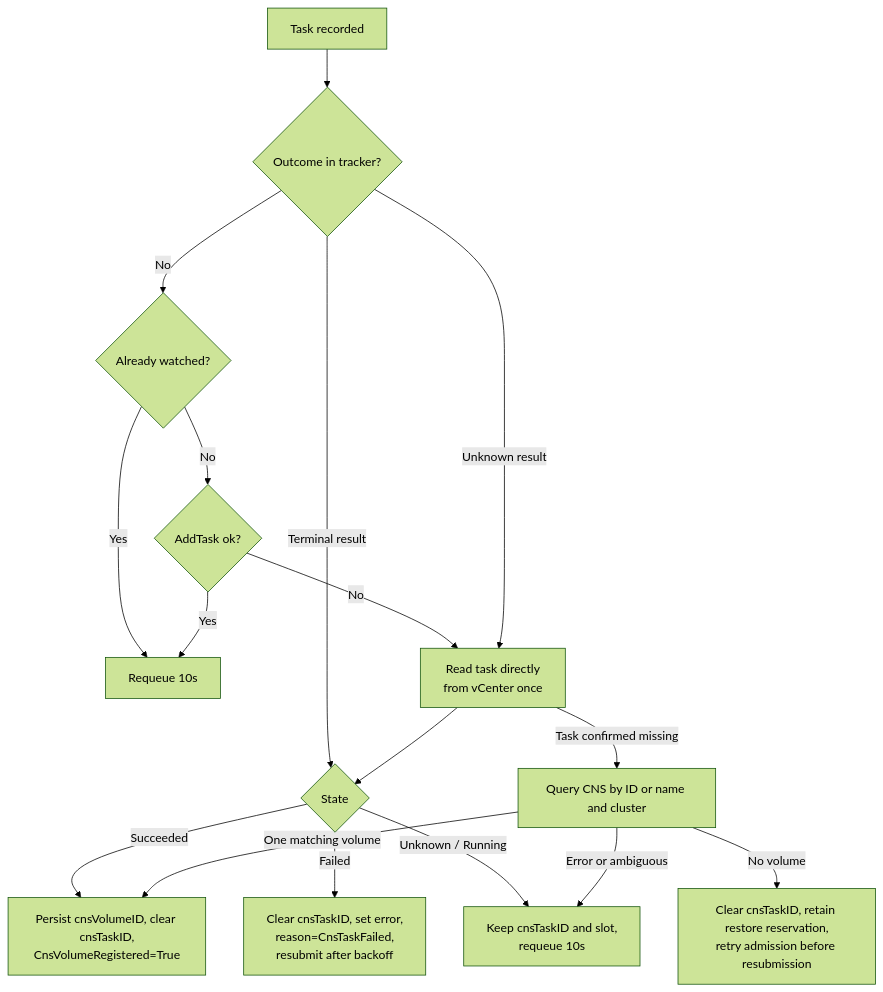
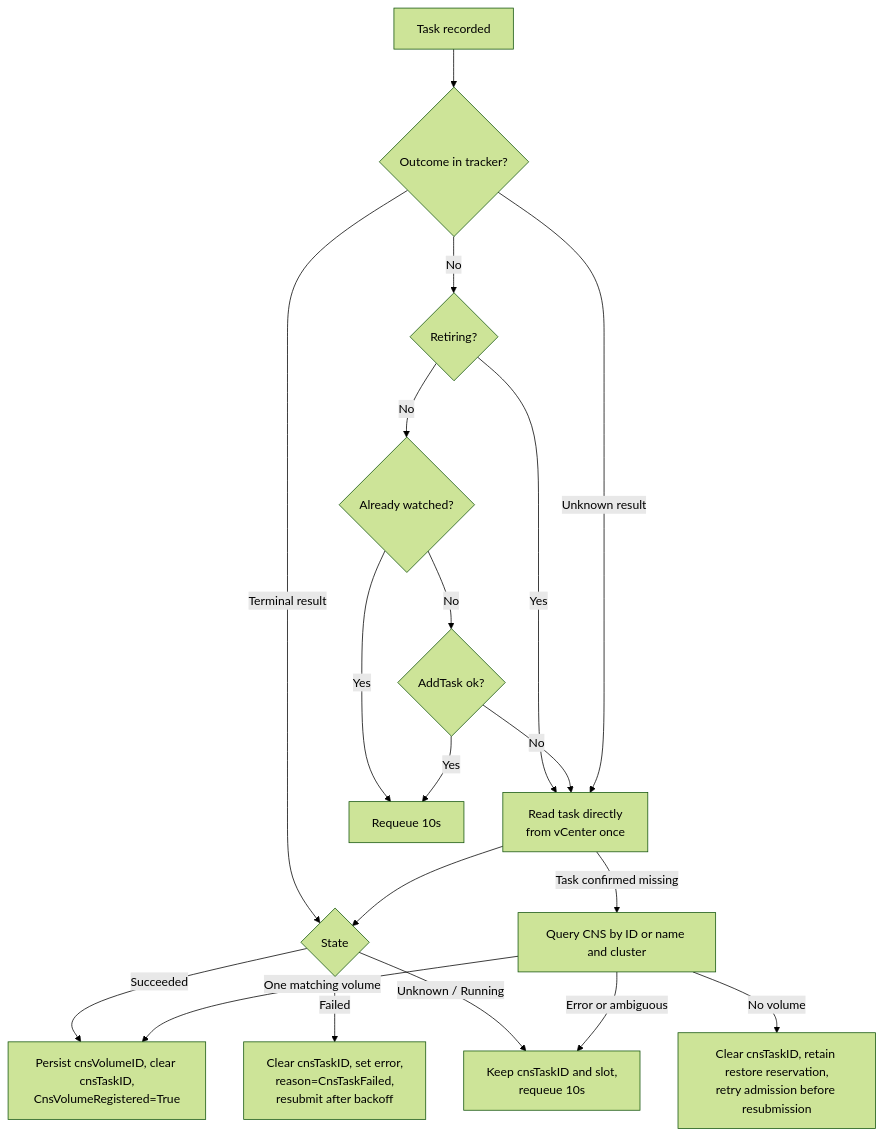
The eighth of 11 diagrams in spec/UBMCNS-2482/design.md (kubernetes-sigs/vsphere-csi-driver), drawn with Mermaid (forest theme) before and after one commit. The commit also changed other lines of this file and 6 other files, not shown here.

````diff
--- a/spec/UBMCNS-2482/design.md
+++ b/spec/UBMCNS-2482/design.md
@@ -536,19 +611,21 @@
 ```mermaid
 flowchart TD
     P["Task recorded"] --> O{"Outcome in tracker?"}
-    O -->|No| W{"Already watched?"}
+    O -->|No| RT0{"Retiring?"}
+    RT0 -->|Yes| DIR
+    RT0 -->|No| W{"Already watched?"}
     W -->|Yes| RQ["Requeue 10s"]
     W -->|No| AT{"AddTask ok?"}
     AT -->|Yes| RQ
     AT -->|No| DIR["Read task directly<br/>from vCenter once"]
     O -->|"Unknown result"| DIR
     O -->|"Terminal result"| ST{"State"}
     DIR --> ST
     ST -->|Succeeded| OK["Persist cnsVolumeID, clear cnsTaskID,<br/>CnsVolumeRegistered=True"]
     ST -->|Failed| F["Clear cnsTaskID, set error,<br/>reason=CnsTaskFailed,<br/>resubmit after backoff"]
     ST -->|"Unknown / Running"| U["Keep cnsTaskID and slot,<br/>requeue 10s"]
     DIR -->|"Task confirmed missing"| Q["Query CNS by ID or name and cluster"]
     Q -->|"One matching volume"| OK
     Q -->|"No volume"| RT["Clear cnsTaskID, retain restore reservation,<br/>retry admission before resubmission"]
     Q -->|"Error or ambiguous"| U
 ```
````
